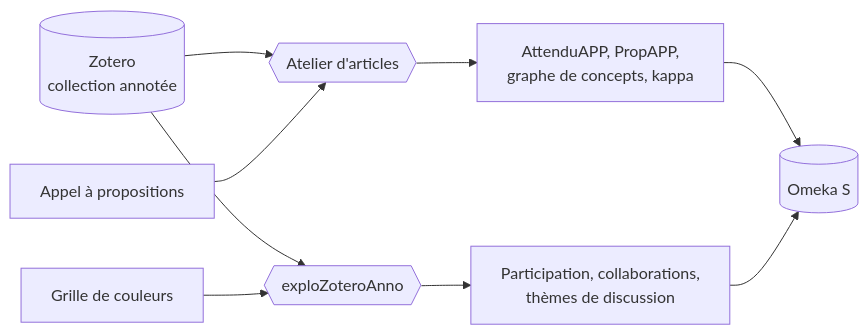
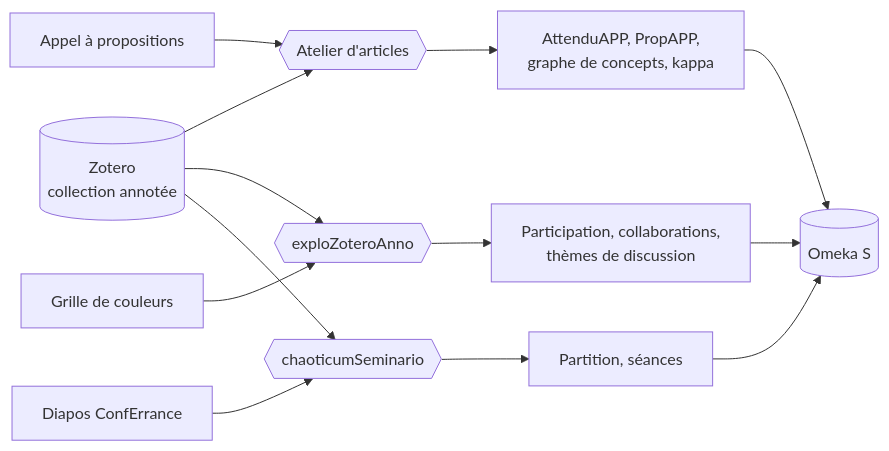
Before and after one commit to samszo/ecosysteme-agents-recherche: the diagram in docs/README.md, drawn with Mermaid. The commit also changed other lines of this file and 47 other files, not shown here.

````diff
--- a/docs/README.md
+++ b/docs/README.md
@@ -16,10 +17,13 @@
 ```mermaid
 flowchart LR
     Z[(Zotero<br/>collection annotée)] --> W1{{Atelier d'articles}}
     AAP[Appel à propositions] --> W1
     Z --> W2{{exploZoteroAnno}}
     GR[Grille de couleurs] --> W2
     W1 --> R1[AttenduAPP, PropAPP,<br/>graphe de concepts, kappa]
     W2 --> R2[Participation, collaborations,<br/>thèmes de discussion]
-    R1 & R2 --> O[(Omeka S)]
+    Z --> W3{{chaoticumSeminario}}
+    CE[Diapos ConfErrance] --> W3
+    W3 --> R3[Partition, séances]
+    R1 & R2 & R3 --> O[(Omeka S)]
 ```
````
